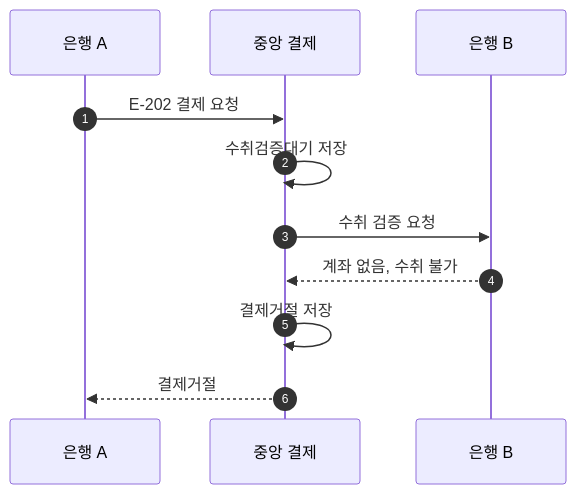
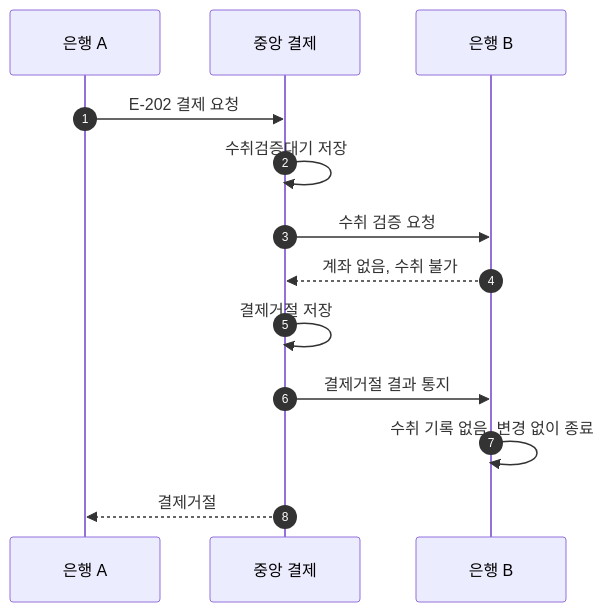
Before and after one commit to 2jun0/financial-system-backend: the diagram in docs/scenarios/S-202_수취_계좌_없음.md, drawn with Mermaid. The commit also changed other lines of this file and 1 other file, not shown here.

````diff
--- a/docs/scenarios/S-202_수취_계좌_없음.md
+++ b/docs/scenarios/S-202_수취_계좌_없음.md
@@ -25,13 +28,15 @@
 ```mermaid
 sequenceDiagram
     autonumber
     participant A as 은행 A
     participant C as 중앙 결제
     participant B as 은행 B
     A->>C: E-202 결제 요청
     C->>C: 수취검증대기 저장
     C->>B: 수취 검증 요청
     B-->>C: 계좌 없음, 수취 불가
     C->>C: 결제거절 저장
+    C->>B: 결제거절 결과 통지
+    B->>B: 수취 기록 없음, 변경 없이 종료
     C-->>A: 결제거절
 ```
````
